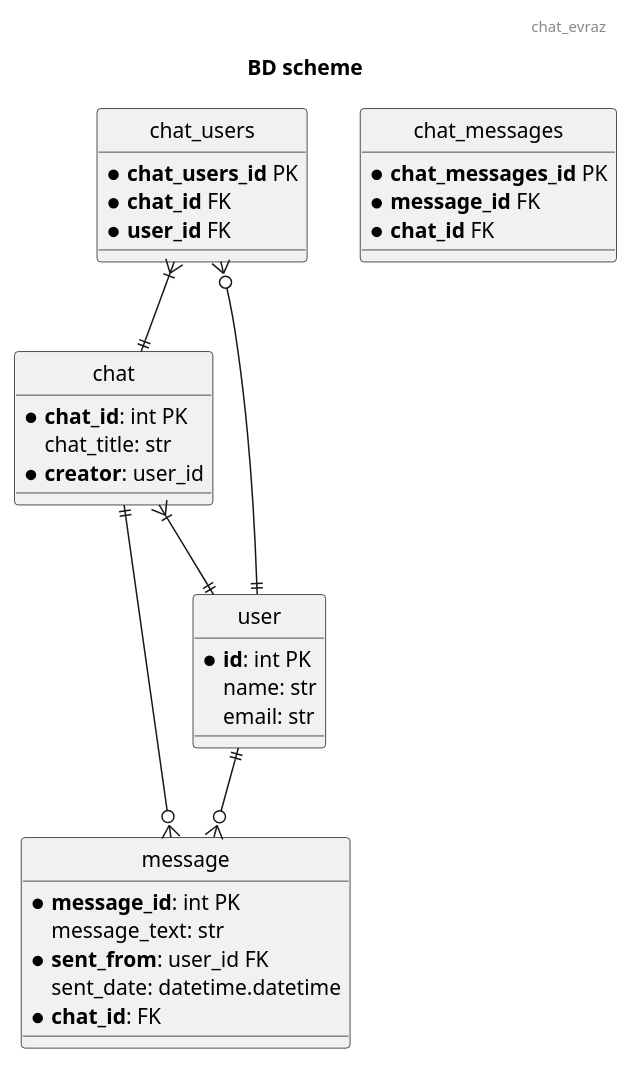
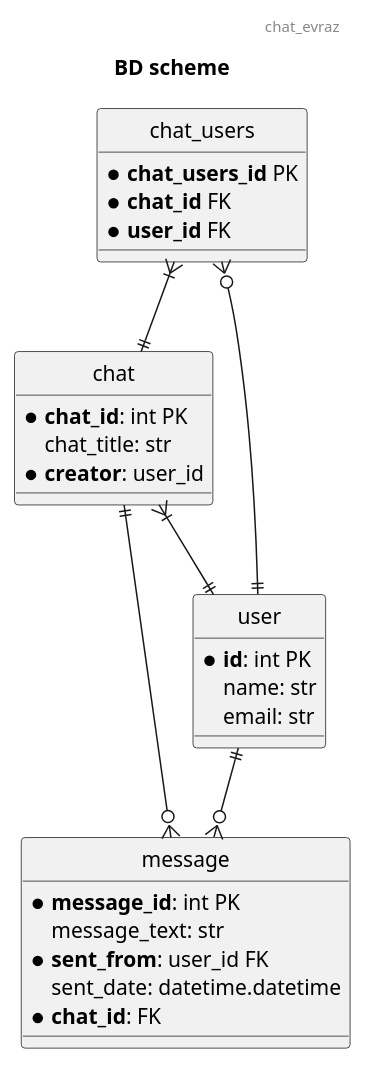
Before and after one commit to RewCrew/pet_project_simple_chat: the diagram in project_for_evraz/docs/db_scheme.puml, drawn with PlantUML.

Commit message:
reupdated db scheme

```diff
--- a/project_for_evraz/docs/db_scheme.puml
+++ b/project_for_evraz/docs/db_scheme.puml
@@ -1,52 +1,44 @@
 @startuml
 header  chat_evraz
 title BD scheme
 
 hide circle
 
 
 
 
 entity message {
     * **message_id**: int PK
     message_text: str
     * **sent_from**: user_id FK
     sent_date: datetime.datetime
     * **chat_id**: FK
     }
 
 entity chat {
     * **chat_id**: int PK
     chat_title: str
     * **creator**: user_id
 
 }
 
 entity user {
     * **id**: int PK
      name: str
      email: str
 }
 
-entity chat_messages{
-    * **chat_messages_id** PK
-    * **message_id** FK
-    * **chat_id** FK
-}
 
 entity chat_users{
     * **chat_users_id** PK
     * **chat_id** FK
     * **user_id** FK
 }
-
-'chat_messages ||--|| message
-'chat_messages }o--|| chat
 
 chat_users }o--|| user
 chat_users }|--|| chat
 user ||--o{ message
 user ||-u-|{ chat
 
 chat ||--o{ message
 @enduml
```
